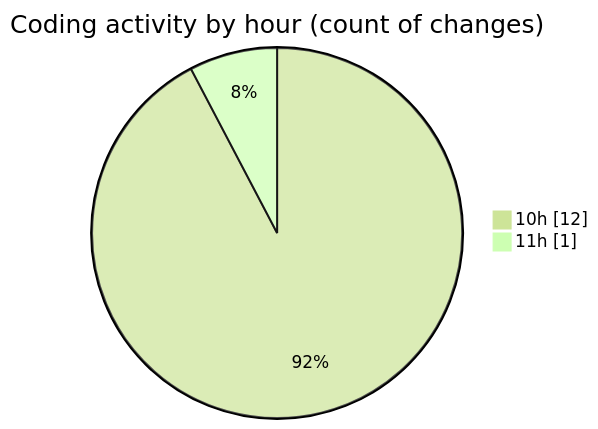
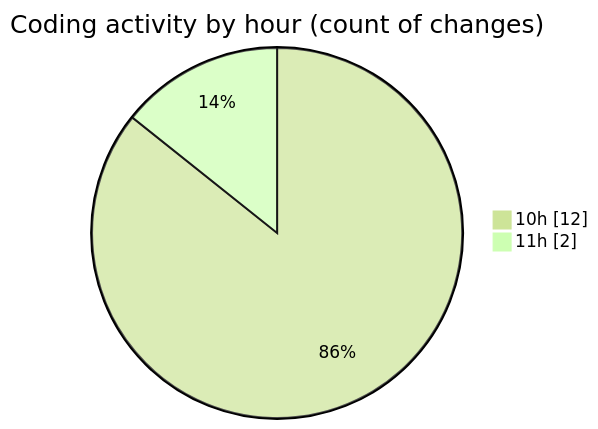
The second of 2 diagrams in 2025-10-01/untitled__workspace_/README.md (debugP/code-tracking), drawn with Mermaid (forest theme) before and after one commit. The commit also changed other lines of this file and 1 other file, not shown here.

````diff
--- a/2025-10-01/untitled__workspace_/README.md
+++ b/2025-10-01/untitled__workspace_/README.md
@@ -32,6 +32,6 @@
 ```mermaid
 pie showData
 title Coding activity by hour (count of changes)
 "10h" : 12
-"11h" : 1
+"11h" : 2
 ```
````
